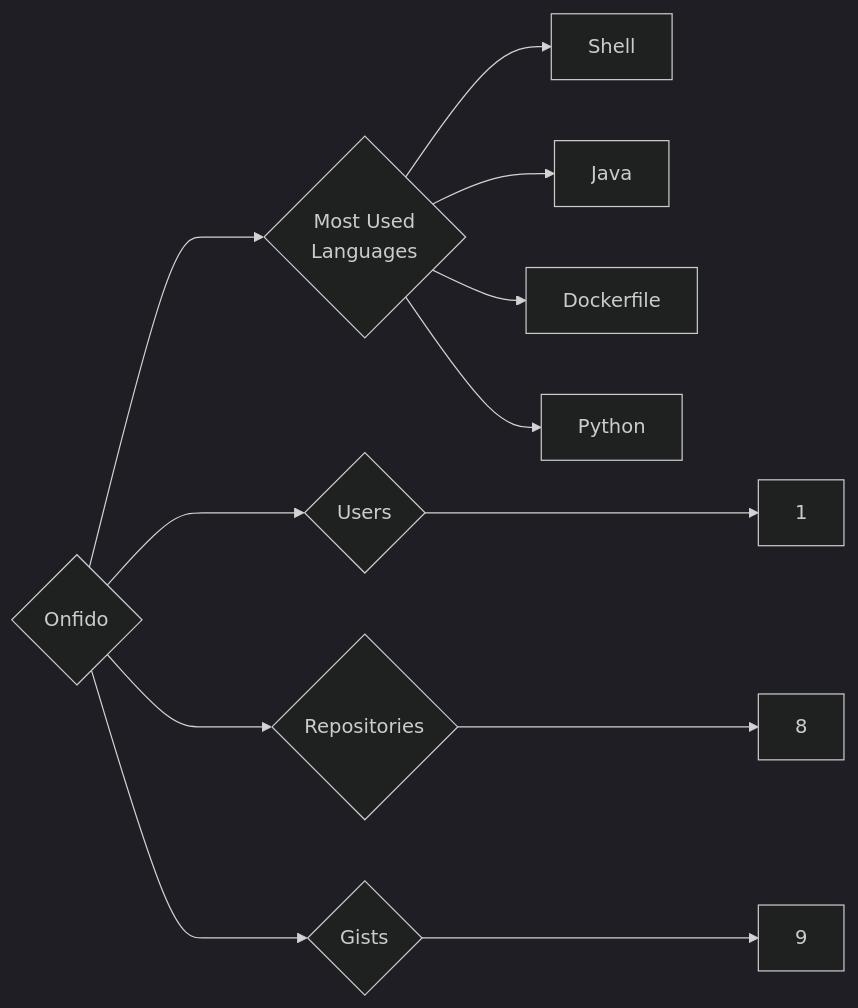
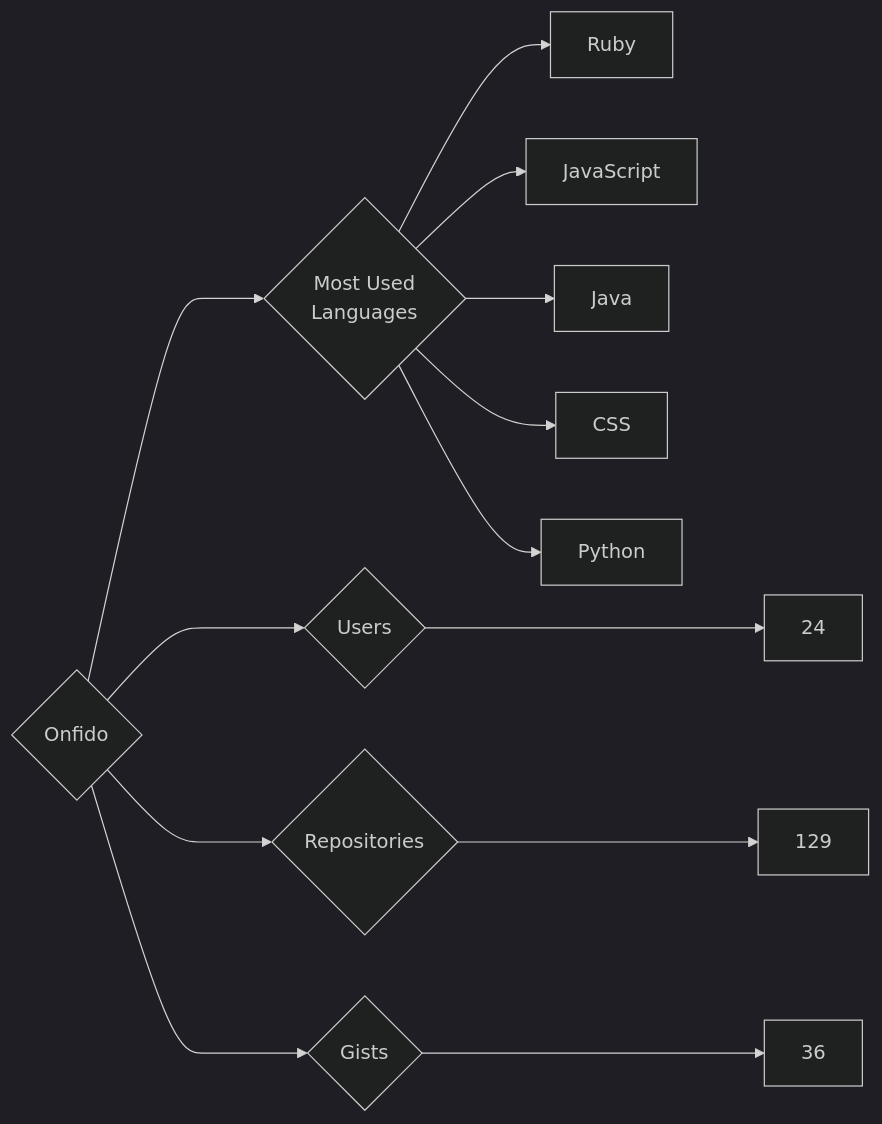
Before and after one commit to trickest/insiders: the diagram in targets/Onfido/README.md, drawn with Mermaid (dark theme). The commit also changed 695 other files, not shown here.

````diff
--- a/targets/Onfido/README.md
+++ b/targets/Onfido/README.md
@@ -3,12 +3,13 @@
 ```mermaid
 graph LR
 COMPANY_NAME{Onfido}
-COMPANY_NAME ---> U{Users} ---> UN[1]
-COMPANY_NAME ---> R{Repositories} ---> RN[8]
-COMPANY_NAME ---> G{Gists} ---> GN[9]
+COMPANY_NAME ---> U{Users} ---> UN[24]
+COMPANY_NAME ---> R{Repositories} ---> RN[129]
+COMPANY_NAME ---> G{Gists} ---> GN[36]
 COMPANY_NAME ---> ML{Most Used<br>Languages}
-ML --> Shell[Shell]
+ML --> Ruby[Ruby]
+ML --> JavaScript[JavaScript]
 ML --> Java[Java]
-ML --> Dockerfile[Dockerfile]
+ML --> CSS[CSS]
 ML --> Python[Python]
 ```
````
